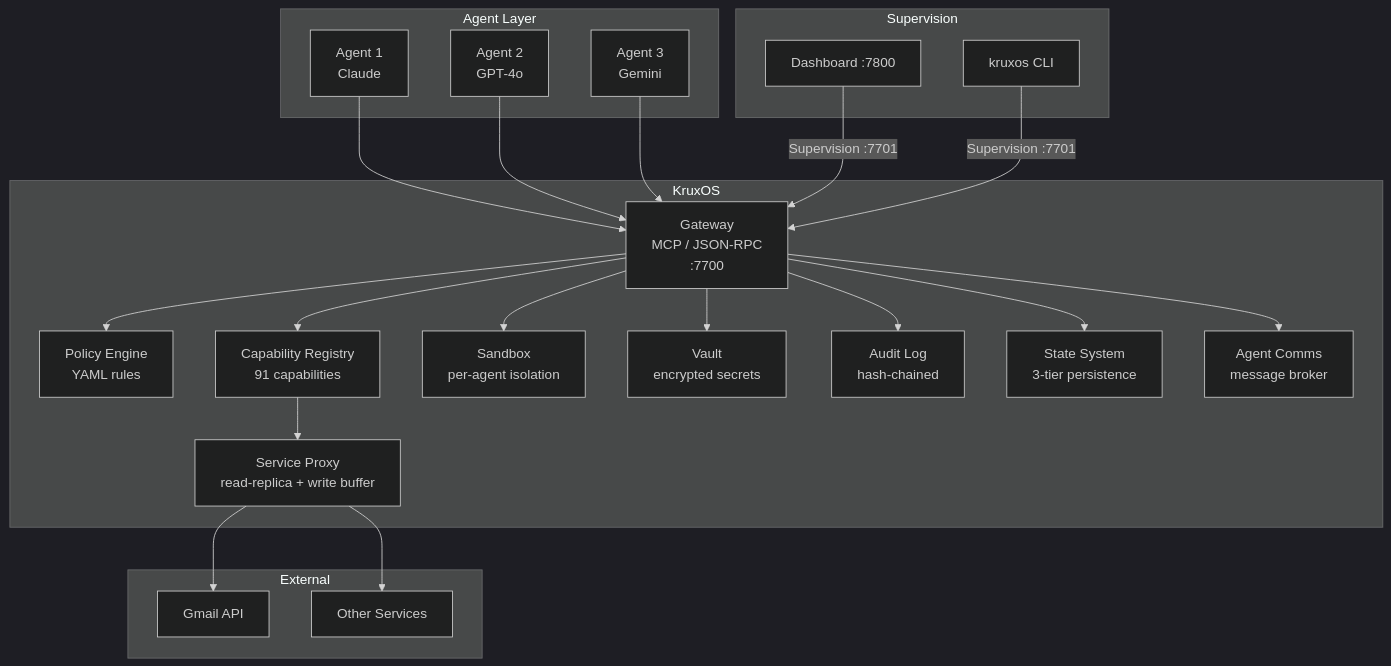
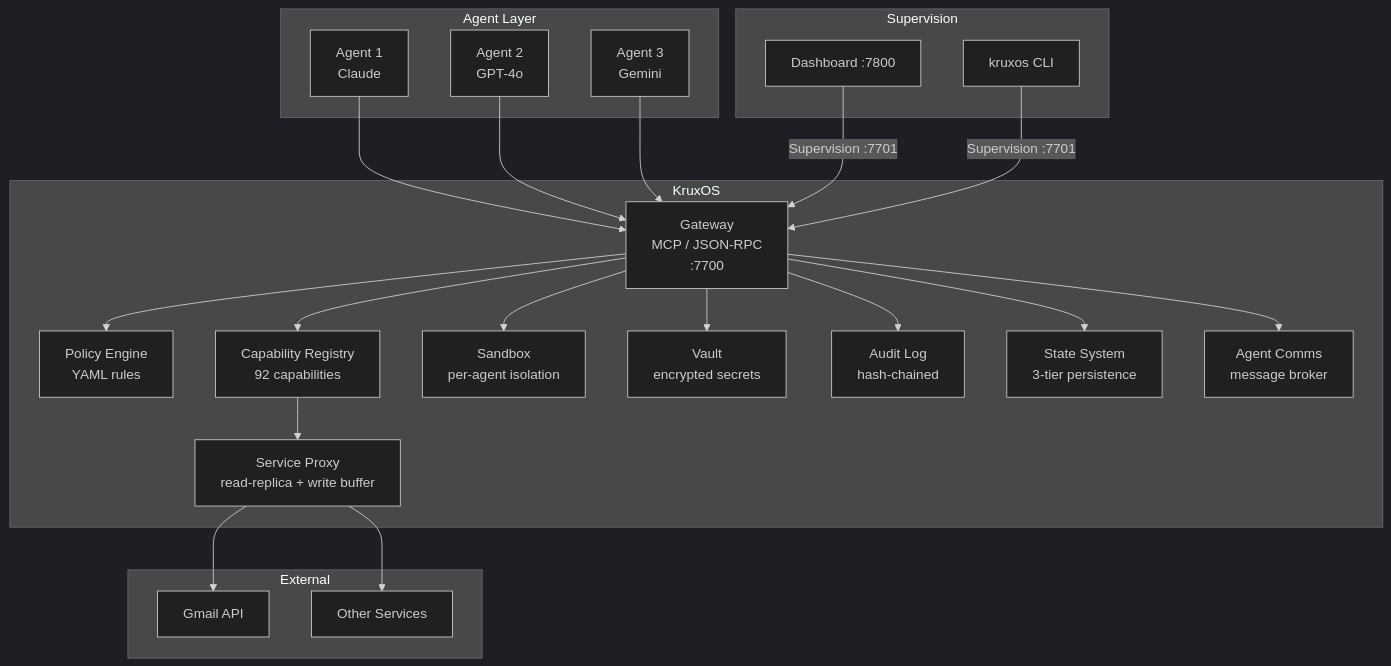
Before and after one commit to altvale/kruxos: the diagram in docs/public/docs/enterprise/index.md, drawn with Mermaid (dark theme). The commit also changed 3 other files, not shown here.

````diff
--- a/docs/public/docs/enterprise/index.md
+++ b/docs/public/docs/enterprise/index.md
@@ -27,42 +27,42 @@
 ```mermaid
 graph TB
     subgraph "Agent Layer"
         A1[Agent 1<br/>Claude]
         A2[Agent 2<br/>GPT-4o]
         A3[Agent 3<br/>Gemini]
     end
 
     subgraph "KruxOS"
         GW[Gateway<br/>MCP / JSON-RPC<br/>:7700]
         PE[Policy Engine<br/>YAML rules]
-        CR[Capability Registry<br/>91 capabilities]
+        CR[Capability Registry<br/>92 capabilities]
         SB[Sandbox<br/>per-agent isolation]
         VT[Vault<br/>encrypted secrets]
         AL[Audit Log<br/>hash-chained]
         SP[Service Proxy<br/>read-replica + write buffer]
         ST[State System<br/>3-tier persistence]
         CM[Agent Comms<br/>message broker]
     end
 
     subgraph "External"
         Gmail[Gmail API]
         Other[Other Services]
     end
 
     subgraph "Supervision"
         DB[Dashboard :7800]
         CLI[kruxos CLI]
     end
 
     A1 & A2 & A3 --> GW
     GW --> PE
     GW --> CR
     GW --> SB
     GW --> VT
     GW --> AL
     CR --> SP
     SP --> Gmail & Other
     GW --> ST
     GW --> CM
     DB & CLI -->|Supervision :7701| GW
 ```
````
